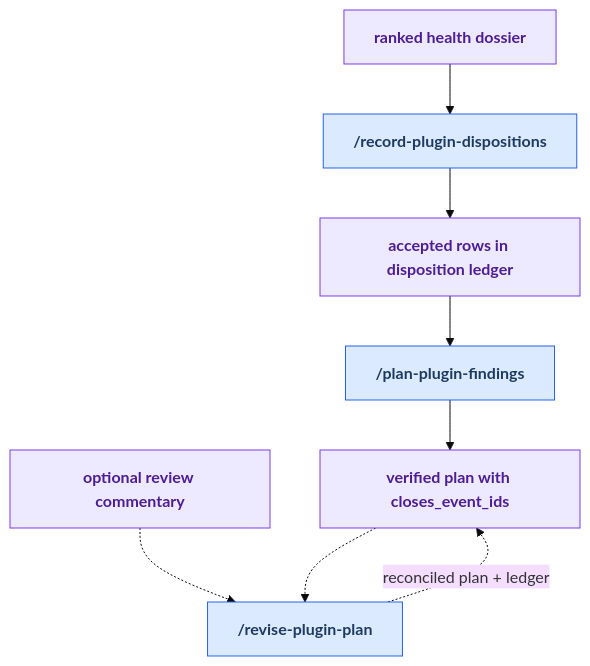
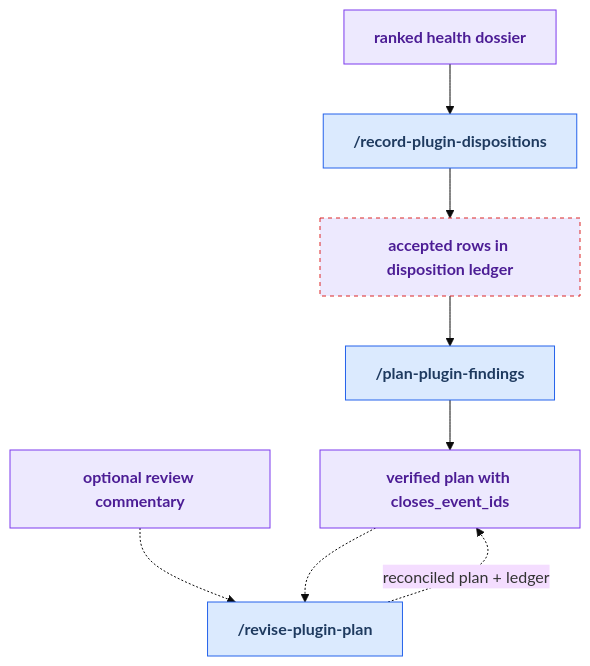
One commit to russell-laing/al-dev-shared changed the diagram in docs/maintainer-tooling/decide.md. Above: the diagram before and after it, drawn with Mermaid (base theme). The commit also changed other lines of this file and 8 other files, not shown here.

````diff
--- a/docs/maintainer-tooling/decide.md
+++ b/docs/maintainer-tooling/decide.md
@@ -49,26 +49,30 @@
 ```mermaid
 flowchart TD
     classDef userSkill fill:#dbeafe,stroke:#2563eb,color:#1e3a5f,font-weight:bold
     classDef artifact fill:#ede9fe,stroke:#7c3aed,color:#4c1d95,font-weight:bold
+    classDef orphanArtifact fill:#ede9fe,stroke:#dc2626,color:#4c1d95,stroke-dasharray:4 4,font-weight:bold
 
     art_dossier["ranked health dossier"]
     skill_record_health_dispositions["/record-plugin-dispositions"]
     art_ledger["accepted rows in disposition ledger"]
     skill_plan_health_findings["/plan-plugin-findings"]
     art_plan["verified plan with closes_event_ids"]
     art_commentary["optional review commentary"]
     skill_revise_health_plan["/revise-plugin-plan"]
 
     art_dossier --> skill_record_health_dispositions
     skill_record_health_dispositions --> art_ledger
     art_ledger --> skill_plan_health_findings
     skill_plan_health_findings --> art_plan
     art_commentary -.-> skill_revise_health_plan
     art_plan -.-> skill_revise_health_plan
     skill_revise_health_plan -. "reconciled plan + ledger" .-> art_plan
 
     class skill_record_health_dispositions userSkill
     class skill_plan_health_findings userSkill
     class skill_revise_health_plan userSkill
-    class art_dossier,art_ledger,art_plan,art_commentary artifact
+    class art_dossier artifact
+    class art_ledger orphanArtifact
+    class art_plan artifact
+    class art_commentary artifact
 ```
````
